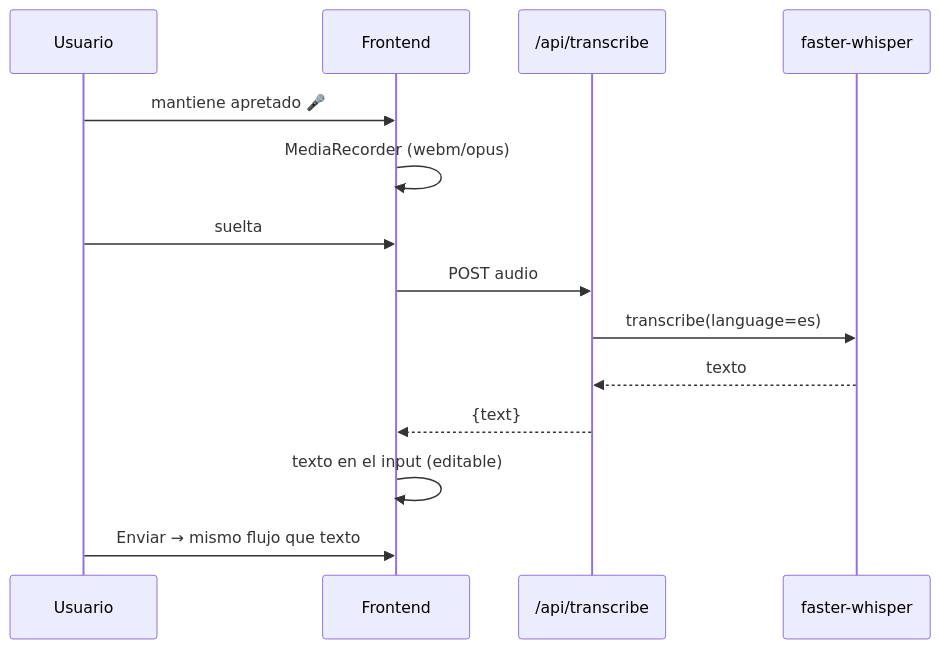
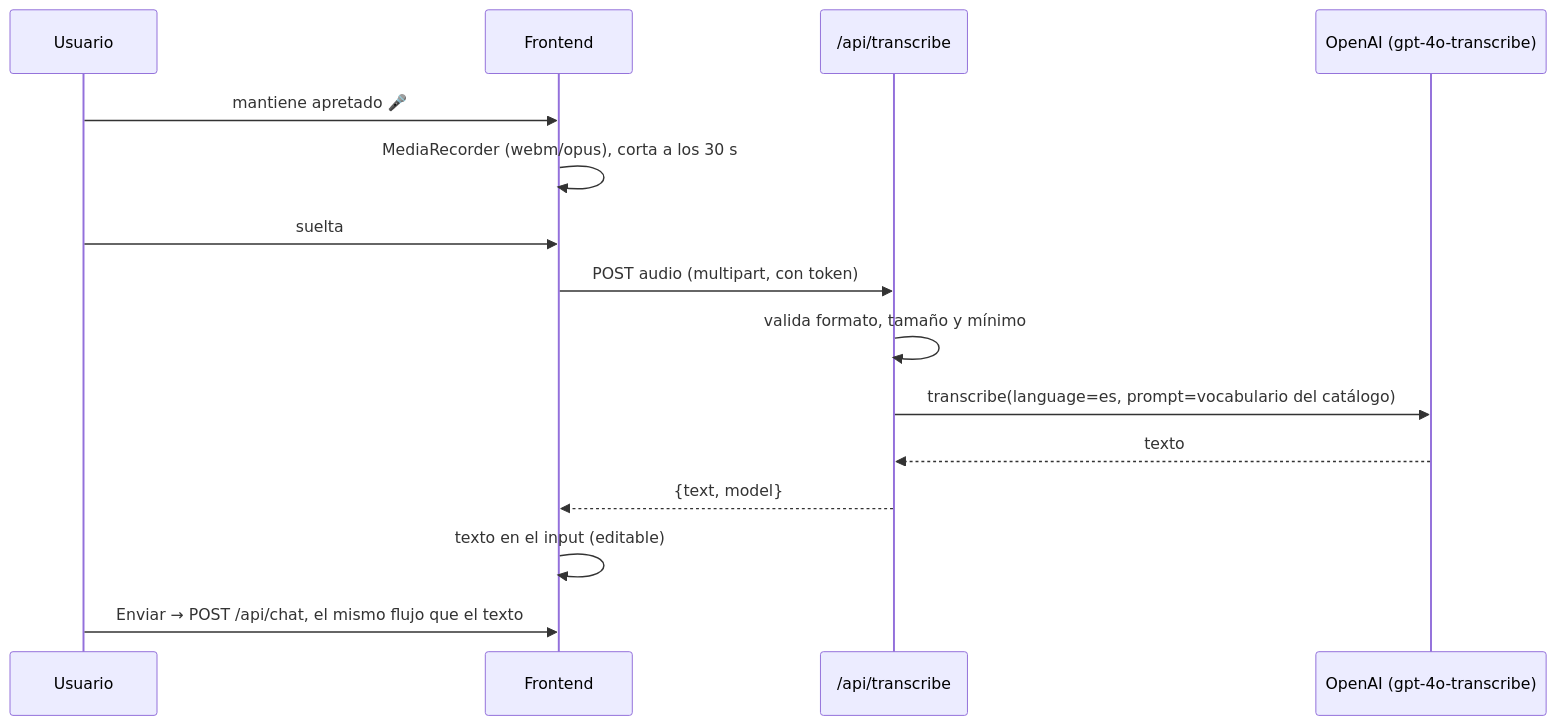
Before and after one commit to fabrizio-rar/obligatorio-ssd: the third of 5 diagrams in docs/PLAN.md, drawn with Mermaid. The commit also changed other lines of this file and 16 other files, not shown here.

````diff
--- a/docs/PLAN.md
+++ b/docs/PLAN.md
@@ -812,16 +814,17 @@
 ```mermaid
 sequenceDiagram
   participant U as Usuario
   participant FE as Frontend
   participant BE as /api/transcribe
-  participant W as faster-whisper
+  participant O as OpenAI (gpt-4o-transcribe)
   U->>FE: mantiene apretado 🎤
-  FE->>FE: MediaRecorder (webm/opus)
+  FE->>FE: MediaRecorder (webm/opus), corta a los 30 s
   U->>FE: suelta
-  FE->>BE: POST audio
-  BE->>W: transcribe(language=es)
-  W-->>BE: texto
-  BE-->>FE: {text}
+  FE->>BE: POST audio (multipart, con token)
+  BE->>BE: valida formato, tamaño y mínimo
+  BE->>O: transcribe(language=es, prompt=vocabulario del catálogo)
+  O-->>BE: texto
+  BE-->>FE: {text, model}
   FE->>FE: texto en el input (editable)
-  U->>FE: Enviar → mismo flujo que texto
+  U->>FE: Enviar → POST /api/chat, el mismo flujo que el texto
 ```
````
